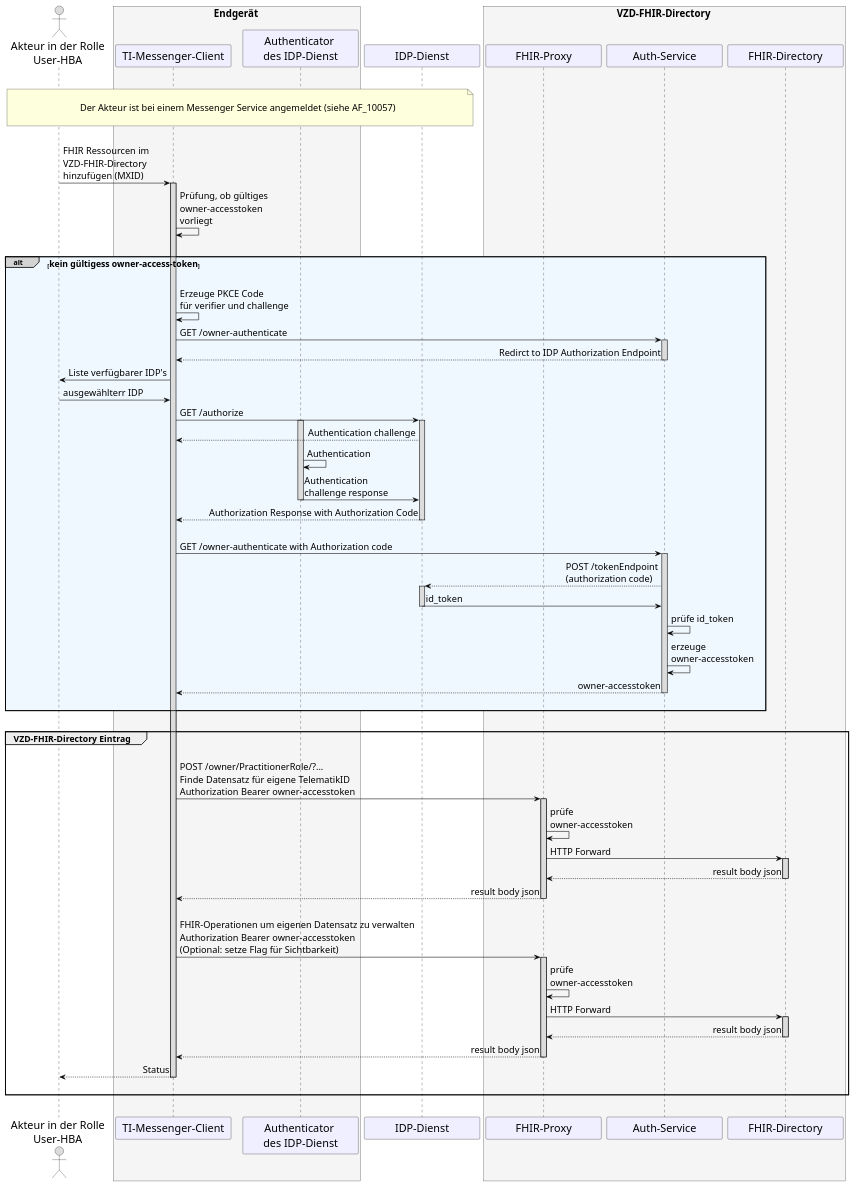
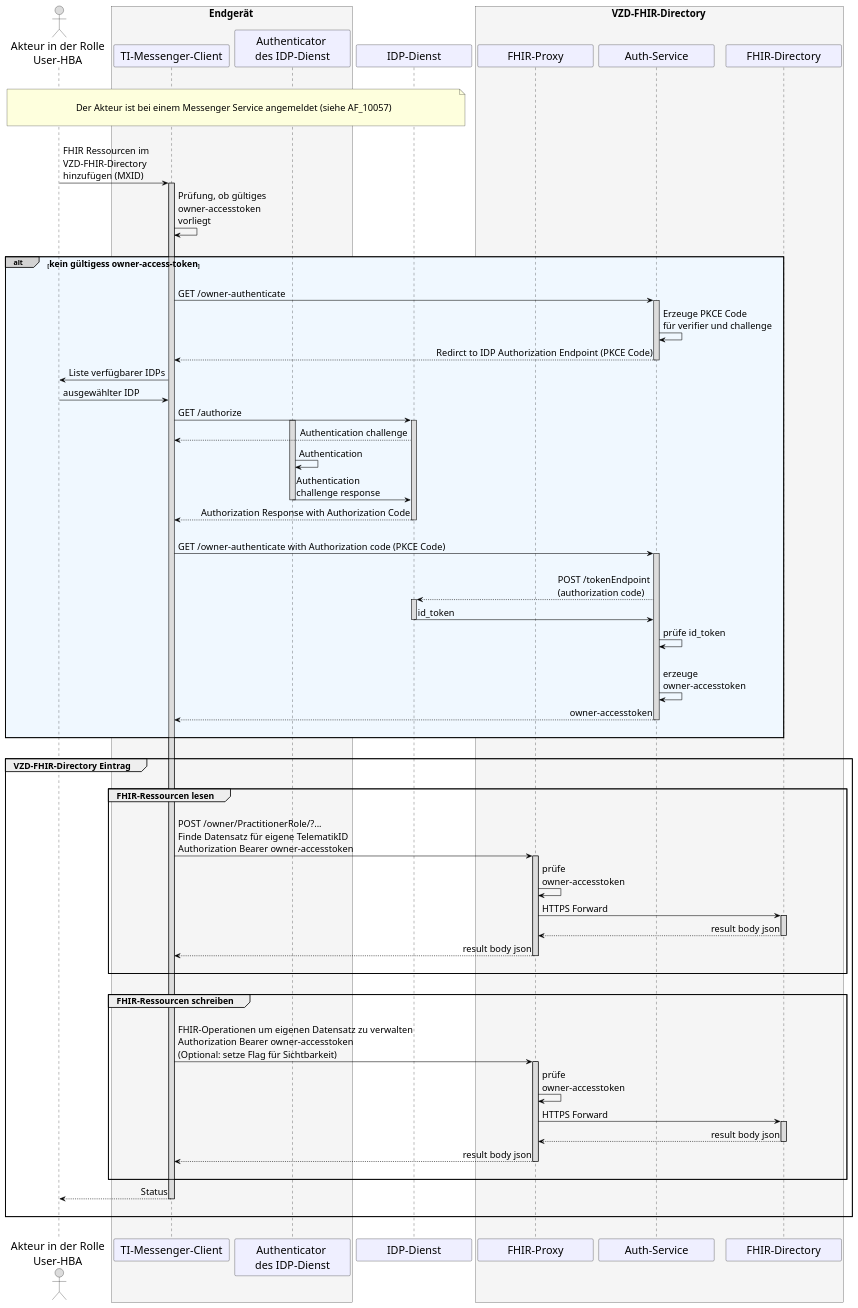
The diagram in src/plantuml/TI-Messenger-Dienst/Ressourcen/UC_10058_Seq.puml (gematik/api-ti-messenger), drawn with PlantUML before and after one commit.

```diff
--- a/src/plantuml/TI-Messenger-Dienst/Ressourcen/UC_10058_Seq.puml
+++ b/src/plantuml/TI-Messenger-Dienst/Ressourcen/UC_10058_Seq.puml
@@ -9,116 +9,128 @@
 @startuml
 skinparam sequenceMessageAlign direction
 skinparam minClassWidth 200
 skinparam BoxPadding 1
 skinparam sequenceReferenceHeaderBackgroundColor palegreen
 scale max 2048 width
 
 skinparam sequence {
 ArrowColor black
 ArrowFontSize 17
 ActorBorderColor black
 LifeLineBorderColor black
 LifeLineBackgroundColor Gainsboro
 
 ParticipantBorderColor Motivation
 ParticipantBackgroundColor Motivation
 ParticipantFontName Impact
 ParticipantFontSize 20
 ParticipantFontColor black
 ParticipantBorderColor Black
 ParticipantBackgroundColor MOTIVATION
 
 ActorBackgroundColor Gainsboro
 ActorFontColor black
 ActorFontSize 20
 ActorFontName Aapex
 }
     actor U as "Akteur in der Rolle\nUser-HBA"
     box <size:18>Endgerät</size> #WhiteSmoke
       participant C as "TI-Messenger-Client"
       participant A as "Authenticator \ndes IDP-Dienst"
     end box
     participant I as "IDP-Dienst" 
     box <size:18>VZD-FHIR-Directory</size> #WhiteSmoke
       participant FP as "FHIR-Proxy"
       participant Auth as "Auth-Service"
       participant VZD as "FHIR-Directory"
     end box
 
 |||
 note over U, I: \n<size:17>Der Akteur ist bei einem Messenger Service angemeldet (siehe AF_10057)</size>\n
 |||
 
 U->C: FHIR Ressourcen im \nVZD-FHIR-Directory \nhinzufügen (MXID)
   Activate C
 C->C: Prüfung, ob gültiges \nowner-accesstoken \nvorliegt
 
 |||
 alt#LightGrey #AliceBlue <size:16>kein gültigess owner-access-token</size>
 |||
 
-  C->C: Erzeuge PKCE Code \nfür verifier und challenge
   C->Auth: GET /owner-authenticate
     Activate Auth
-  Auth-->C: Redirct to IDP Authorization Endpoint
+  Auth->Auth: Erzeuge PKCE Code \nfür verifier und challenge
+  Auth-->C: Redirct to IDP Authorization Endpoint (PKCE Code)
     Deactivate Auth
 
-  C->U: Liste verfügbarer IDP's
-  U->C: ausgewählterr IDP
+  C->U: Liste verfügbarer IDPs
+  U->C: ausgewählter IDP
     
   C->I: GET /authorize
     Activate A
     Activate I
   I-->C: Authentication challenge
   A->A: Authentication
   A->I: Authentication \nchallenge response
     Deactivate A
   I-->C: Authorization Response with Authorization Code
     Deactivate I
        
   |||          
-  C->Auth: GET /owner-authenticate with Authorization code
+  C->Auth: GET /owner-authenticate with Authorization code (PKCE Code)
     Activate Auth
+  |||
   Auth-->I: POST /tokenEndpoint\n(authorization code)
     Activate I
   I->Auth: id_token
     Deactivate I
   Auth->Auth: prüfe id_token
+  |||
   Auth->Auth: erzeuge \nowner-accesstoken
   Auth-->C: owner-accesstoken
     Deactivate Auth
   |||
 end
       
 |||
 
 group <size:16>VZD-FHIR-Directory Eintrag</size>
   |||
+  group <size:16>FHIR-Ressourcen lesen</size>
+  |||
   C->FP: POST /owner/PractitionerRole/?... \nFinde Datensatz für eigene TelematikID \nAuthorization Bearer owner-accesstoken
     Activate FP
   FP->FP: prüfe \nowner-accesstoken
-  FP->VZD: HTTP Forward
+  FP->VZD: HTTPS Forward
     Activate VZD
   VZD-->FP: result body json
     Deactivate VZD
   FP-->C: result body json
     Deactivate FP
+  |||
+  end
     
+  |||
+  group <size:16>FHIR-Ressourcen schreiben</size>
   |||
   C->FP: FHIR-Operationen um eigenen Datensatz zu verwalten \nAuthorization Bearer owner-accesstoken \n(Optional: setze Flag für Sichtbarkeit)
     Activate FP
   FP->FP: prüfe \nowner-accesstoken
-  FP->VZD: HTTP Forward
+  FP->VZD: HTTPS Forward
     Activate VZD
   VZD-->FP: result body json
     Deactivate VZD
   FP-->C: result body json
     Deactivate FP
+     
+  |||
+  end
+
   C-->U: Status    
     Deactivate C
   |||
 end
 |||
 
   Deactivate C
 @enduml
```
